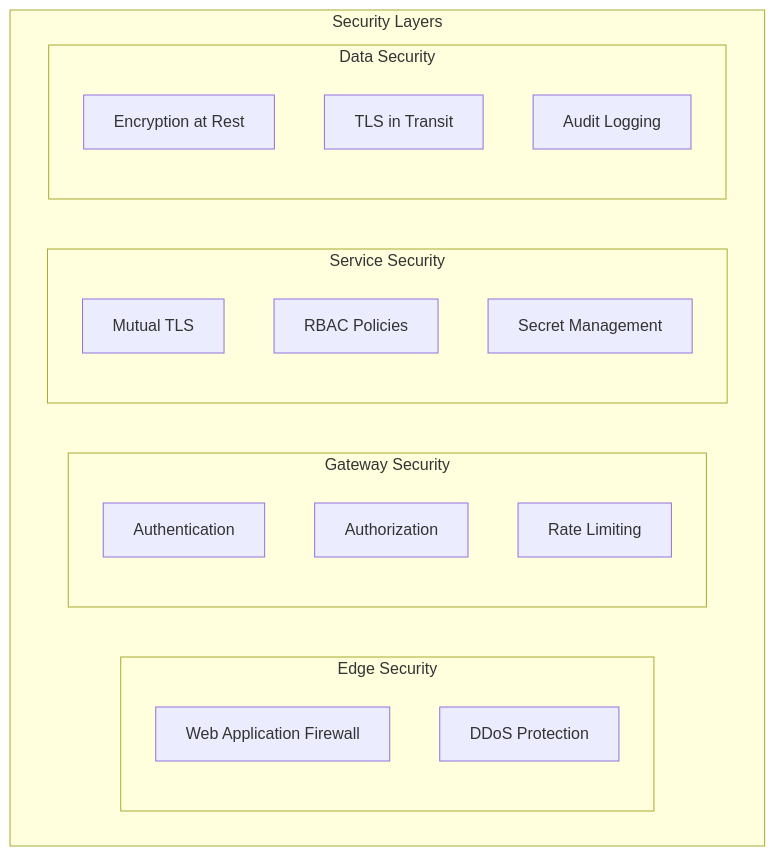
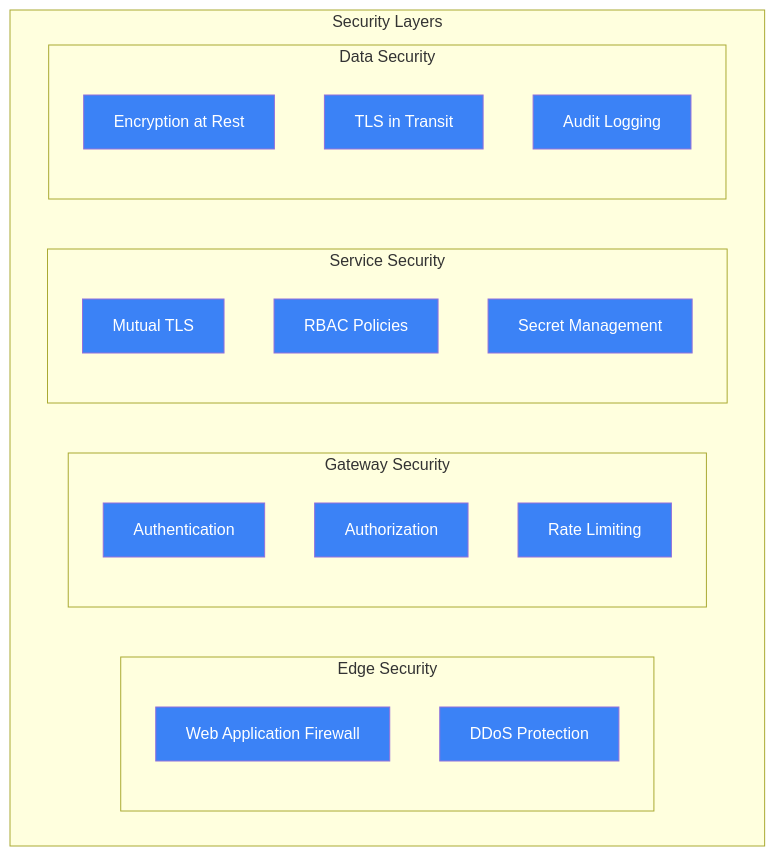
Before and after one commit to mlflow/mlflow: diagram 15 of 17 in GENESIS_PLATFORM_MICROSERVICES_ARCHITECTURE.md, drawn with Mermaid. The commit also changed other lines of this file and 1 other file, not shown here.

First line of the commit message:
Simplify microservices architecture and improve diagram visibility

````diff
--- a/GENESIS_PLATFORM_MICROSERVICES_ARCHITECTURE.md
+++ b/GENESIS_PLATFORM_MICROSERVICES_ARCHITECTURE.md
@@ -580,27 +586,39 @@
 ```mermaid
 graph TD
     subgraph "Security Layers"
         subgraph "Edge Security"
             WAF[Web Application Firewall]
             DDoS[DDoS Protection]
         end
         
         subgraph "Gateway Security"
             AUTH[Authentication]
             AUTHZ[Authorization]
             LIMIT[Rate Limiting]
         end
         
         subgraph "Service Security"
             mTLS[Mutual TLS]
             RBAC[RBAC Policies]
             SECRETS[Secret Management]
         end
         
         subgraph "Data Security"
             ENC[Encryption at Rest]
             TLS[TLS in Transit]
             AUDIT[Audit Logging]
         end
     end
+    
+    style WAF fill:#3b82f6,color:#fff
+    style DDoS fill:#3b82f6,color:#fff
+    style AUTH fill:#3b82f6,color:#fff
+    style AUTHZ fill:#3b82f6,color:#fff
+    style LIMIT fill:#3b82f6,color:#fff
+    style mTLS fill:#3b82f6,color:#fff
+    style RBAC fill:#3b82f6,color:#fff
+    style SECRETS fill:#3b82f6,color:#fff
+    style ENC fill:#3b82f6,color:#fff
+    style TLS fill:#3b82f6,color:#fff
+    style AUDIT fill:#3b82f6,color:#fff
 ```
````
